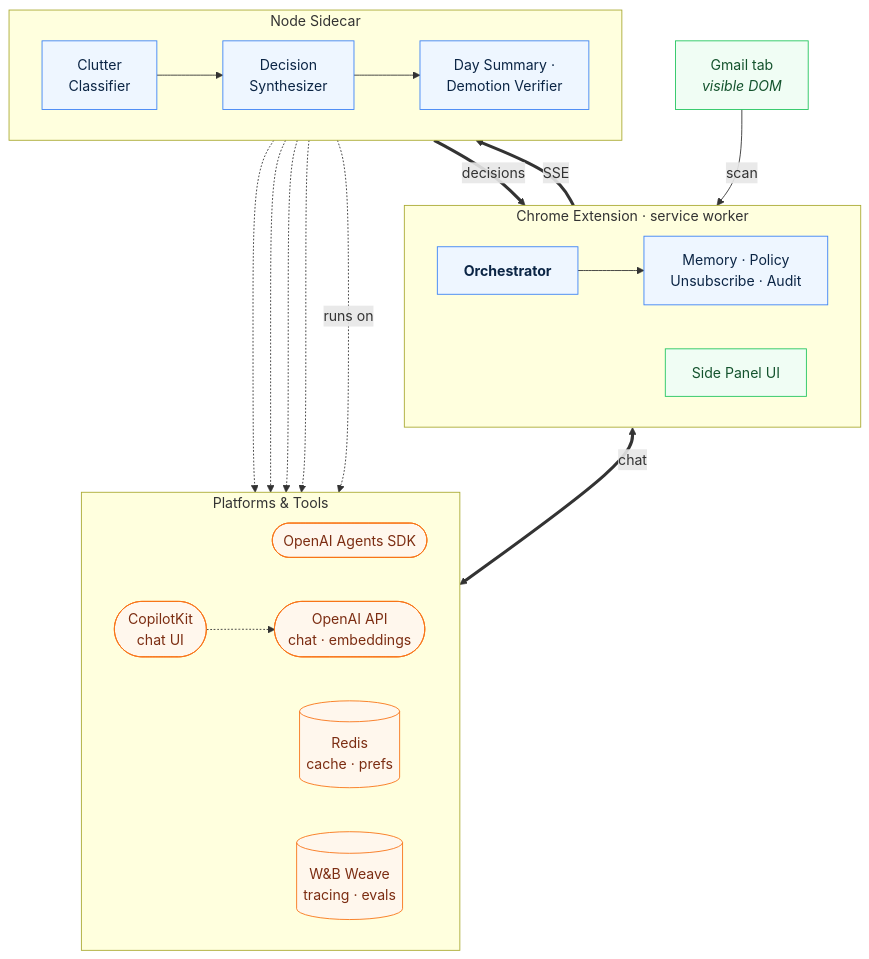
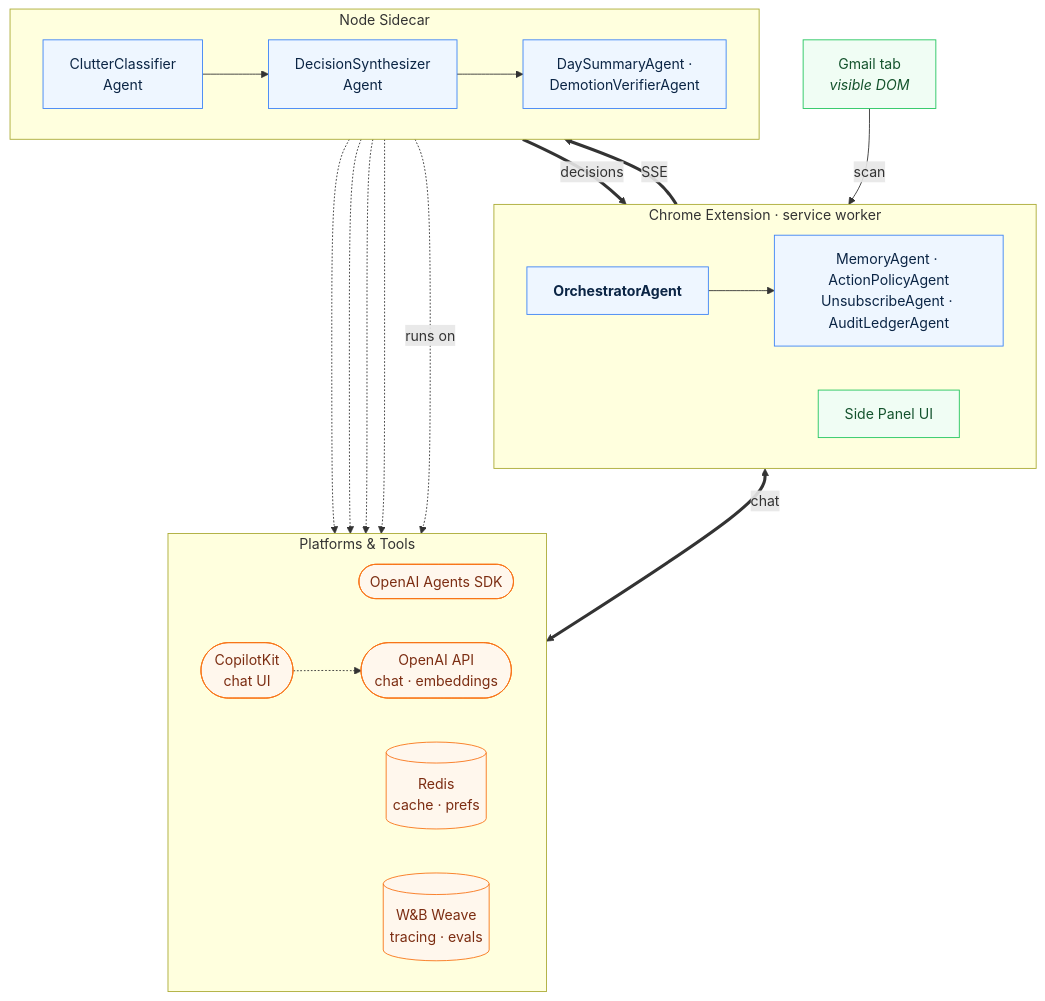
Before and after one commit to atimothee/email-signal: the first of 2 diagrams in docs/architecture.md, drawn with Mermaid. The commit also changed 1 other file, not shown here.

Commit message:
docs: use full *Agent names in the at-a-glance diagram (#70)
Anything that is an agent now carries the "Agent" suffix in the simplified
diagram, matching AGENT_REGISTRY and the detailed view: OrchestratorAgent,
MemoryAgent / ActionPolicyAgent / UnsubscribeAgent / AuditLedgerAgent,
ClutterClassifierAgent, DecisionSynthesizerAgent, DaySummaryAgent,
DemotionVerifierAgent. Non-agents (Side Panel UI, Gmail) and the platforms
are unchanged. Re-rendered the PNG hero.

````diff
--- a/docs/architecture.md
+++ b/docs/architecture.md
@@ -27,48 +27,48 @@
 ```mermaid
 flowchart TB
   GMAIL["Gmail tab<br/><i>visible DOM</i>"]
 
   subgraph EXT["Chrome Extension · service worker"]
     direction LR
-    ORCH["<b>Orchestrator</b>"]
-    SUPPORT["Memory · Policy<br/>Unsubscribe · Audit"]
+    ORCH["<b>OrchestratorAgent</b>"]
+    SUPPORT["MemoryAgent · ActionPolicyAgent<br/>UnsubscribeAgent · AuditLedgerAgent"]
     PANEL["Side Panel UI"]
   end
 
   subgraph SIDE["Node Sidecar"]
     direction LR
-    CLUT["Clutter<br/>Classifier"]
-    SYN["Decision<br/>Synthesizer"]
-    EXTRA["Day Summary ·<br/>Demotion Verifier"]
+    CLUT["ClutterClassifier<br/>Agent"]
+    SYN["DecisionSynthesizer<br/>Agent"]
+    EXTRA["DaySummaryAgent ·<br/>DemotionVerifierAgent"]
   end
 
   subgraph TOOLS["Platforms & Tools"]
     direction LR
     SDK(["OpenAI Agents SDK"])
     OAI(["OpenAI API<br/>chat · embeddings"])
     REDIS[("Redis<br/>cache · prefs")]
     WEAVE[("W&B Weave<br/>tracing · evals")]
     COPILOT(["CopilotKit<br/>chat UI"])
   end
 
   GMAIL -->|scan| ORCH
   ORCH --> SUPPORT
   ORCH ==>|SSE| CLUT
   CLUT --> SYN --> EXTRA
   SYN ==>|decisions| PANEL
   PANEL <==>|chat| COPILOT
 
   SIDE -.runs on.-> SDK
   CLUT -.-> OAI
   SYN -.-> OAI
   SYN -.-> REDIS
   SYN -.-> WEAVE
   COPILOT -.-> OAI
 
   classDef agent fill:#eef6ff,stroke:#3b82f6,color:#0b2545;
   classDef ui fill:#f0fdf4,stroke:#22c55e,color:#14532d;
   classDef tool fill:#fff7ed,stroke:#f97316,color:#7c2d12;
   class ORCH,SUPPORT,CLUT,SYN,EXTRA agent;
   class GMAIL,PANEL ui;
   class SDK,OAI,REDIS,WEAVE,COPILOT tool;
 ```
````
